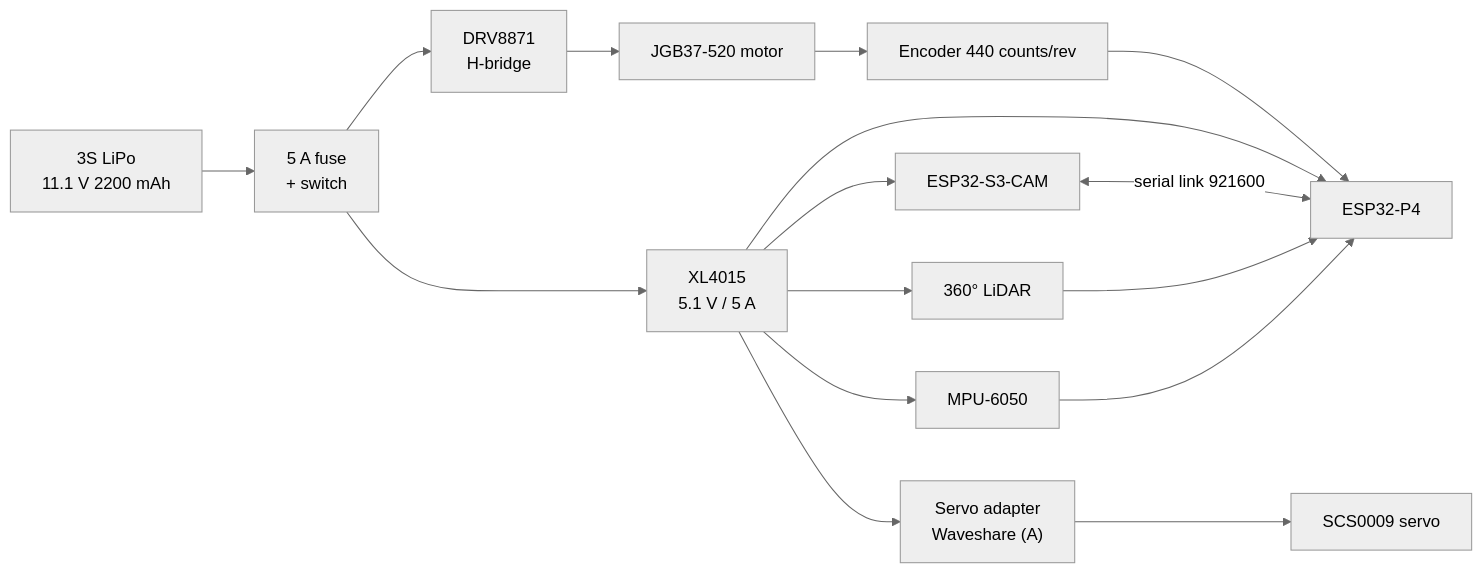
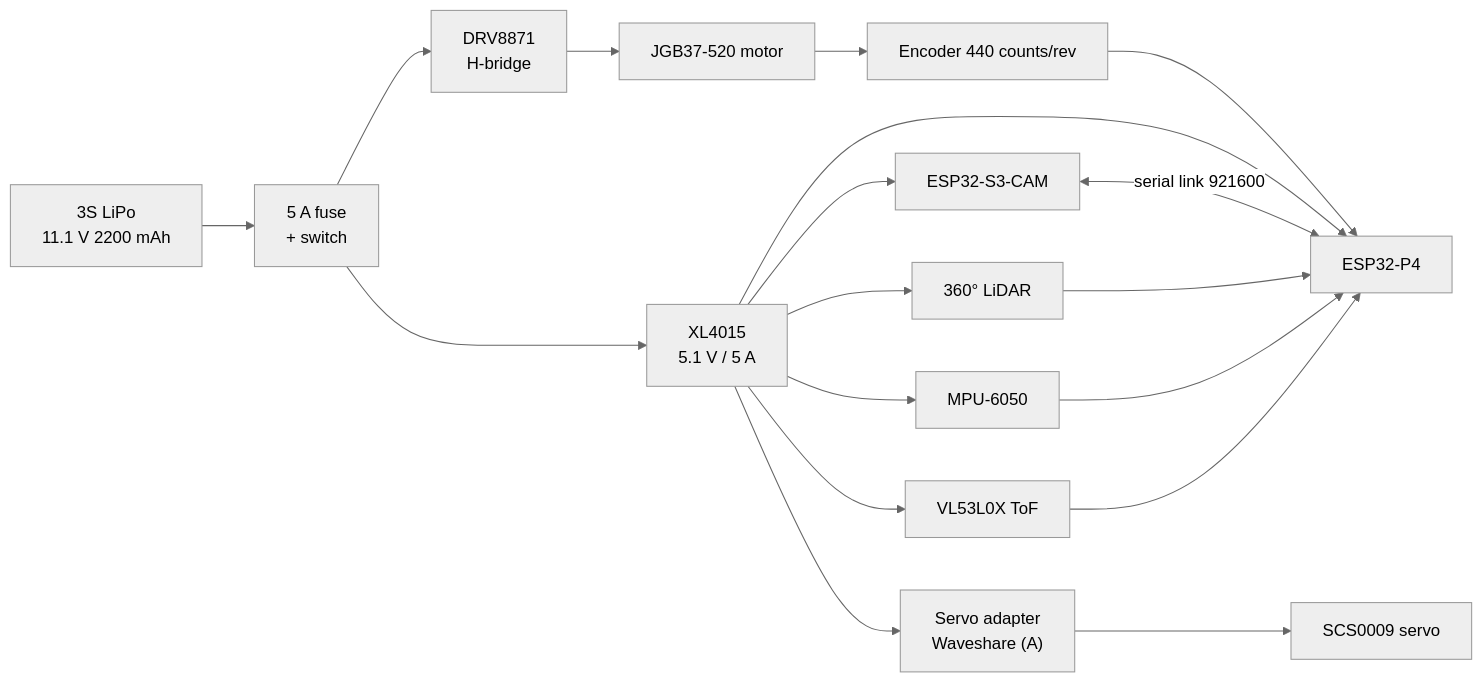
Before and after one commit to Eddym06/AutoNex: the first of 2 diagrams in README.md, drawn with Mermaid (neutral theme). The commit also changed other lines of this file and 20 other files, not shown here.

````diff
--- a/README.md
+++ b/README.md
@@ -294,18 +333,20 @@
 ```mermaid
 flowchart LR
     BAT["3S LiPo<br/>11.1 V 2200 mAh"] --> FUSE["5 A fuse<br/>+ switch"]
     FUSE --> H["DRV8871<br/>H-bridge"]
     FUSE --> BUCK["XL4015<br/>5.1 V / 5 A"]
     BUCK --> P4["ESP32-P4"]
     BUCK --> S3["ESP32-S3-CAM"]
     BUCK --> LID["360° LiDAR"]
     BUCK --> IMU["MPU-6050"]
+    BUCK --> TOF["VL53L0X ToF"]
     BUCK --> ADP["Servo adapter<br/>Waveshare (A)"]
     ADP --> SRV["SCS0009 servo"]
     H --> MOT["JGB37-520 motor"]
     MOT --> ENC["Encoder 440 counts/rev"]
     ENC --> P4
     LID --> P4
     IMU --> P4
+    TOF --> P4
     S3 <-->|"serial link 921600"| P4
 ```
````
